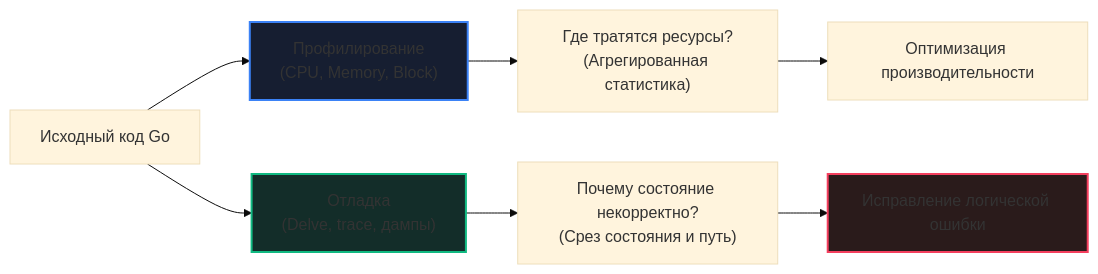
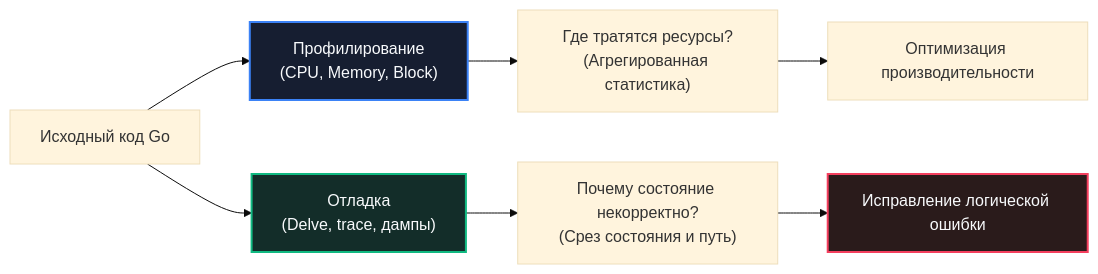
Before and after one commit to UnrealTemplier/go-textbook: the first of 2 diagrams in sources/16. Профилирование, отладка и производительность/11. Debugging/1. Debugging в Go.md, drawn with Mermaid (base theme). The commit also changed other lines of this file and 310 other files, not shown here.

First line of the commit message:
fix(mermaid): replace light fill colors with dark palette for readability on dark theme

````diff
--- a/sources/16. Профилирование, отладка и производительность/11. Debugging/1. Debugging в Go.md
+++ b/sources/16. Профилирование, отладка и производительность/11. Debugging/1. Debugging в Go.md
@@ -28,15 +28,15 @@
 ```mermaid
 flowchart LR
     Code["Исходный код Go"] --> Profile["Профилирование<br>(CPU, Memory, Block)"]
     Code --> Debug["Отладка<br>(Delve, trace, дампы)"]
     
     Profile --> Question1["Где тратятся ресурсы?<br>(Агрегированная статистика)"]
     Debug --> Question2["Почему состояние некорректно?<br>(Срез состояния и путь)"]
     
     Question1 --> Optimize["Оптимизация производительности"]
     Question2 --> Fix["Исправление логической ошибки"]
     
-    style Profile fill:#161e31,stroke:#3b82f6,stroke-width:2px
-    style Debug fill:#132d29,stroke:#10b981,stroke-width:2px
-    style Fix fill:#2a1b1b,stroke:#f43f5e,stroke-width:2px
+    style Profile fill:#161e31,stroke:#3b82f6,stroke-width:2px,color:#f8fafc
+    style Debug fill:#132d29,stroke:#10b981,stroke-width:2px,color:#f8fafc
+    style Fix fill:#2a1b1b,stroke:#f43f5e,stroke-width:2px,color:#f8fafc
 ```
````
